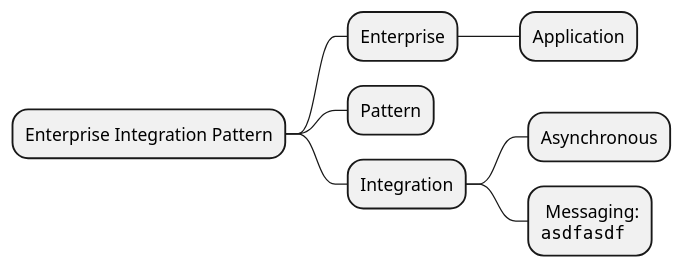
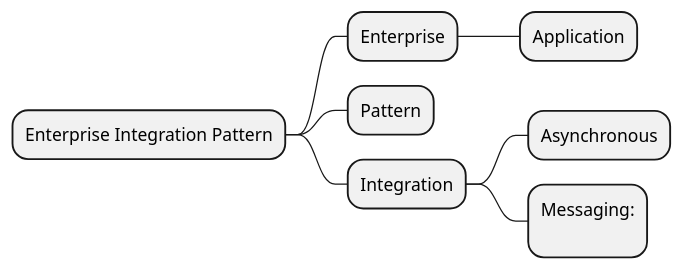
One commit to yanghoon/obsidian-workspace changed the diagram in _diary/2024-07-21.md. Above: the diagram before and after it, drawn with PlantUML.

Commit message:
vault backup: 2024-07-21 20:06:21

````diff
--- a/_diary/2024-07-21.md
+++ b/_diary/2024-07-21.md
@@ -1,17 +1,15 @@
 ```plantuml
 @startmindmap
 + Enterprise Integration Pattern
 
 ++ Enterprise
 +++ Application
 
 ++ Pattern
 
 ++ Integration
 +++ Asynchronous
-***: Messaging:
-<code>
-asdfasdf
-</code>;
+***:Messaging:
+;
 @endmindmap
 ```
````
